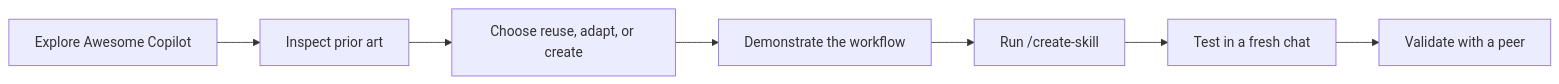
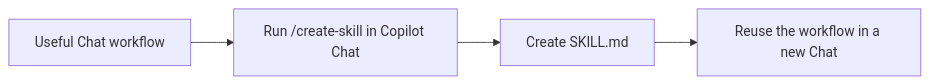
Before and after one commit to annawiewer/Skill_hands-on: the first of 3 diagrams in README.md, drawn with Mermaid. The commit also changed other lines of this file and 8 other files, not shown here.

````diff
--- a/README.md
+++ b/README.md
@@ -37,9 +12,6 @@
 ```mermaid
 flowchart LR
-A[Explore Awesome Copilot] --> B[Inspect prior art]
-B --> C[Choose reuse, adapt, or create]
-C --> D[Demonstrate the workflow]
-D --> E[Run /create-skill]
-E --> F[Test in a fresh chat]
-F --> G[Validate with a peer]
+    A["Useful Chat workflow"] --> B["Run /create-skill in Copilot Chat"]
+    B --> C["Create SKILL.md"]
+    C --> D["Reuse the workflow in a new Chat"]
 ```
````
